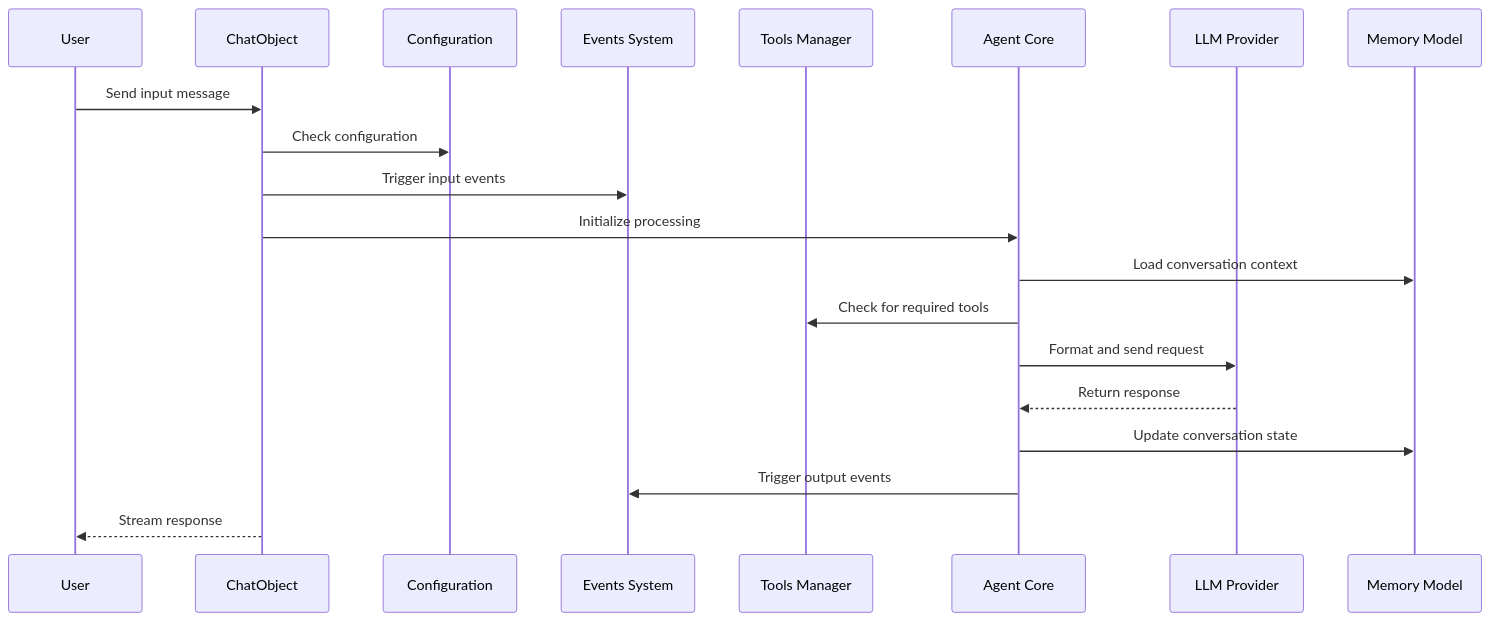
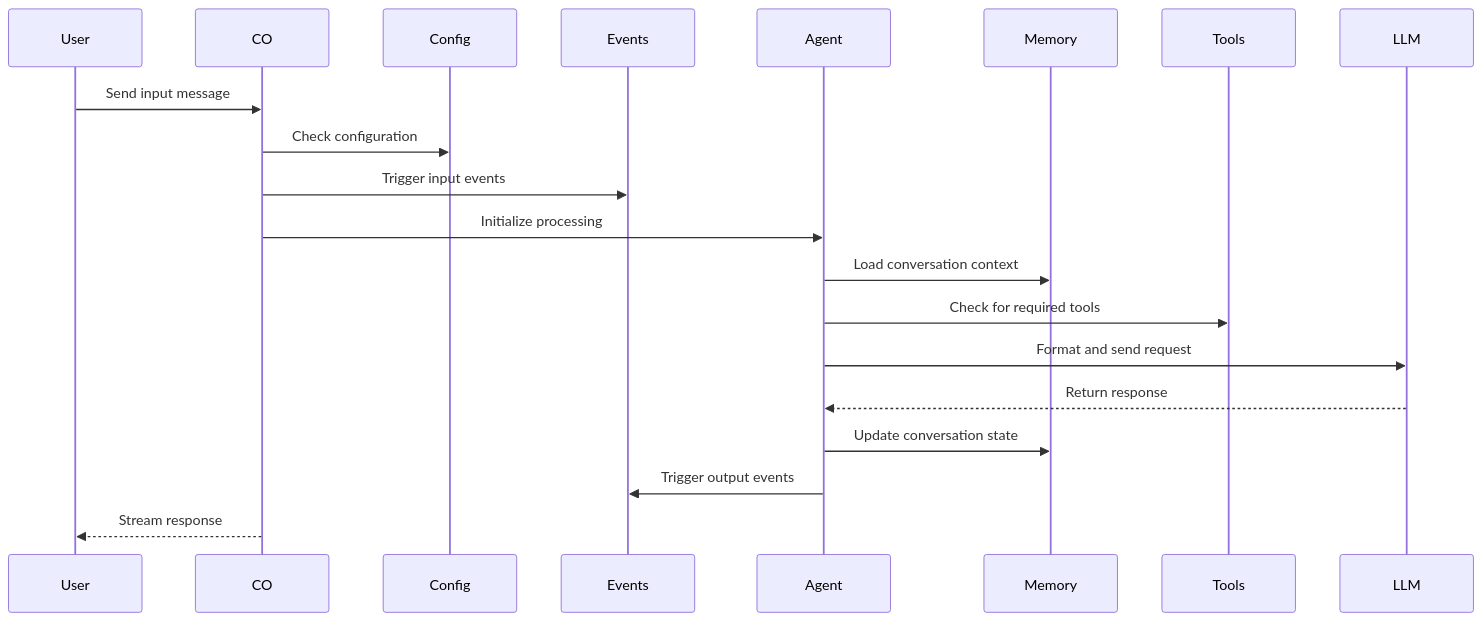
One commit to AmritaBot/AmritaCore changed the second of 2 diagrams in docs/guide/getting-started/architecture.md. Above: the diagram before and after it, drawn with Mermaid. The commit also changed 34 other files, not shown here.

First line of the commit message:
Add per-call config, presets, and callback streaming to ChatObject (#3)

````diff
--- a/docs/guide/getting-started/architecture.md
+++ b/docs/guide/getting-started/architecture.md
@@ -46,23 +46,14 @@
 ```mermaid
 sequenceDiagram
-    participant User as User
-    participant CO as ChatObject
-    participant Config as Configuration
-    participant Events as Events System
-    participant Tools as Tools Manager
-    participant Agent as Agent Core
-    participant LLM as LLM Provider
-    participant Memory as Memory Model
-
     User->>CO: Send input message
     CO->>Config: Check configuration
     CO->>Events: Trigger input events
     CO->>Agent: Initialize processing
     Agent->>Memory: Load conversation context
     Agent->>Tools: Check for required tools
     Agent->>LLM: Format and send request
     LLM-->>Agent: Return response
     Agent->>Memory: Update conversation state
     Agent->>Events: Trigger output events
     CO-->>User: Stream response
 ```
````
